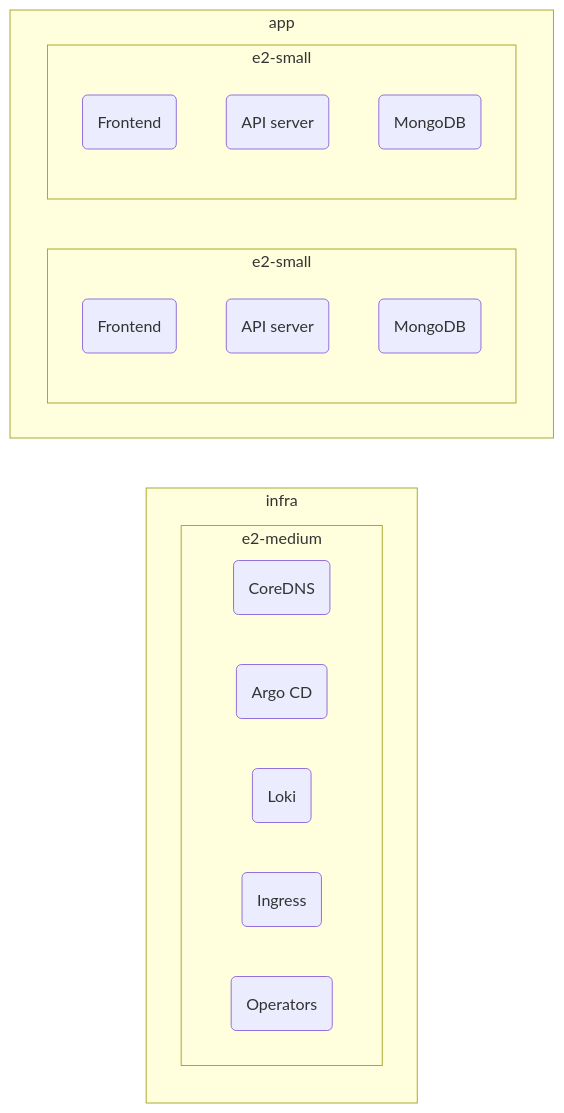
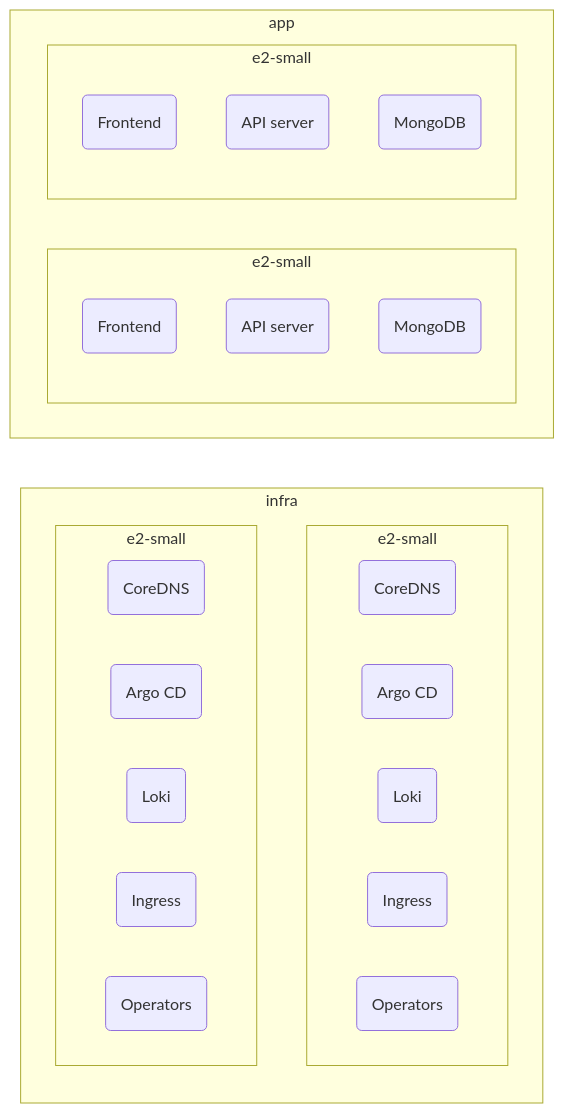
One commit to MrHachi/gke-platform-lab changed the diagram in infrastructure/docs/adr/adr-001-split-node-pools.md. Above: the diagram before and after it, drawn with Mermaid. The commit also changed other lines of this file and 1 other file, not shown here.

Commit message:
chore(platform): scale infra to two e2-small nodes

````diff
--- a/infrastructure/docs/adr/adr-001-split-node-pools.md
+++ b/infrastructure/docs/adr/adr-001-split-node-pools.md
@@ -3,26 +3,33 @@
 ```mermaid
 flowchart LR
     subgraph A[infra]
-        subgraph AA[e2-medium]
+        subgraph AA[e2-small]
             AAA(CoreDNS)
             AAB(Argo CD)
             AAC(Loki)
             AAD(Ingress)
             AAE(Operators)
+        end
+        subgraph AB[e2-small]
+            ABA(CoreDNS)
+            ABB(Argo CD)
+            ABC(Loki)
+            ABD(Ingress)
+            ABE(Operators)
         end
     end
 
     subgraph B[app]
         direction LR
         subgraph BA[e2-small]
             BAA(Frontend)
             BAB(API server)
             BAC(MongoDB)
         end
         subgraph BB[e2-small]
             BBA(Frontend)
             BBB(API server)
             BBC(MongoDB)
         end
     end
 ```
````
